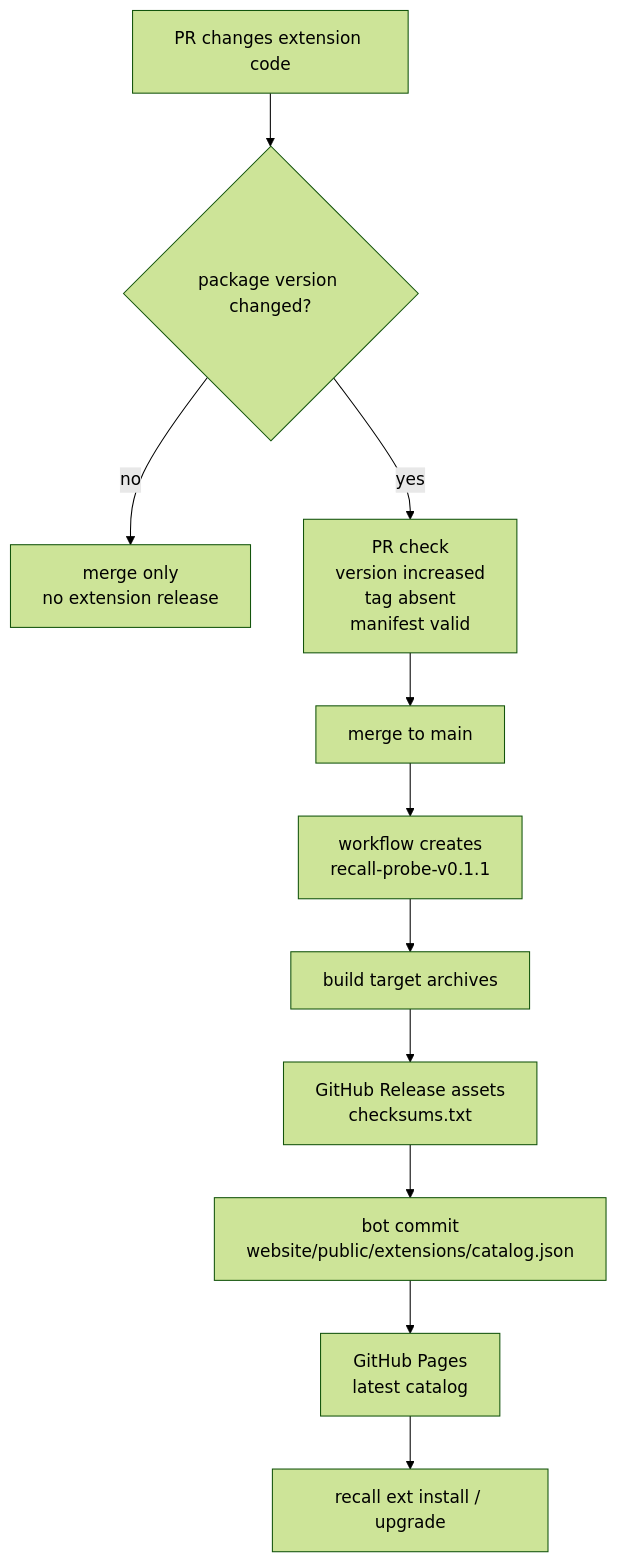
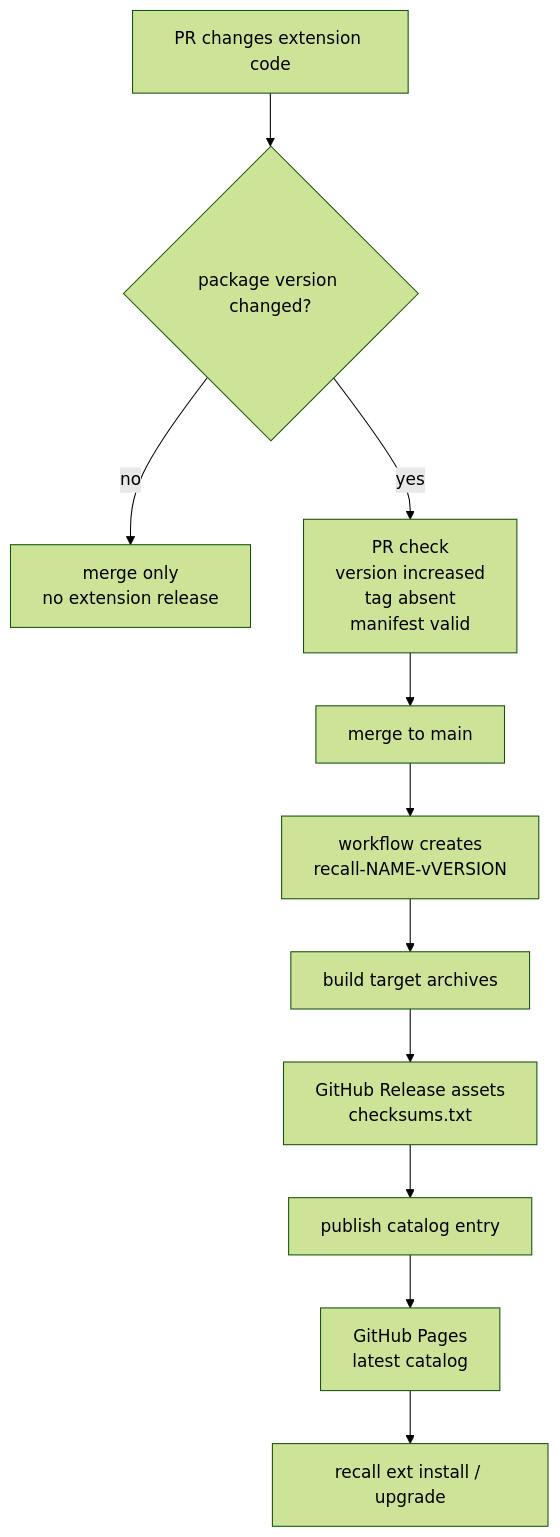
The first of 3 diagrams in docs/extensions.md (samzong/Recall), drawn with Mermaid (forest theme) before and after one commit. The commit also changed other lines of this file and 3 other files, not shown here.

````diff
--- a/docs/extensions.md
+++ b/docs/extensions.md
@@ -283,13 +272,13 @@
 ```mermaid
 flowchart TD
   PR["PR changes extension code"] --> Version{"package version changed?"}
   Version -- no --> MergeOnly["merge only<br/>no extension release"]
   Version -- yes --> Check["PR check<br/>version increased<br/>tag absent<br/>manifest valid"]
   Check --> Merge["merge to main"]
-  Merge --> Tag["workflow creates<br/>recall-probe-v0.1.1"]
+  Merge --> Tag["workflow creates<br/>recall-NAME-vVERSION"]
   Tag --> Build["build target archives"]
   Build --> Release["GitHub Release assets<br/>checksums.txt"]
-  Release --> Catalog["bot commit<br/>website/public/extensions/catalog.json"]
+  Release --> Catalog["publish catalog entry"]
   Catalog --> Pages["GitHub Pages<br/>latest catalog"]
   Pages --> Install["recall ext install / upgrade"]
 ```
````
